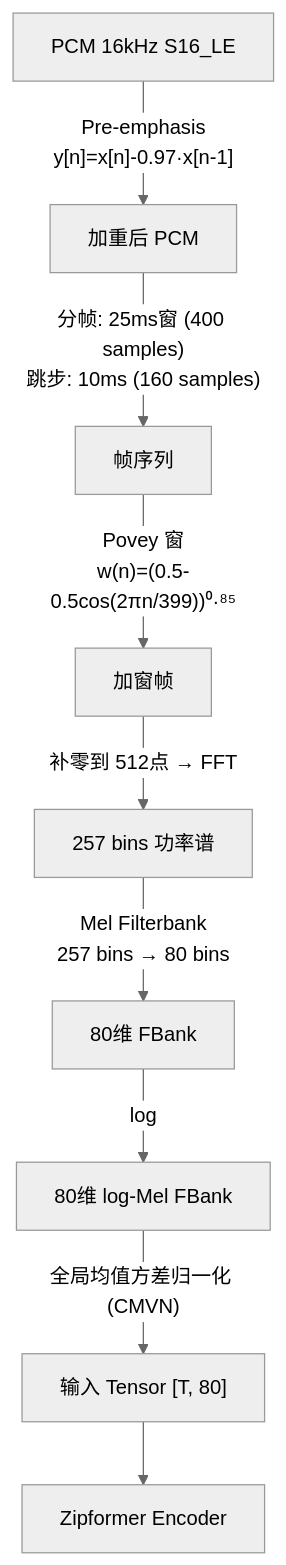
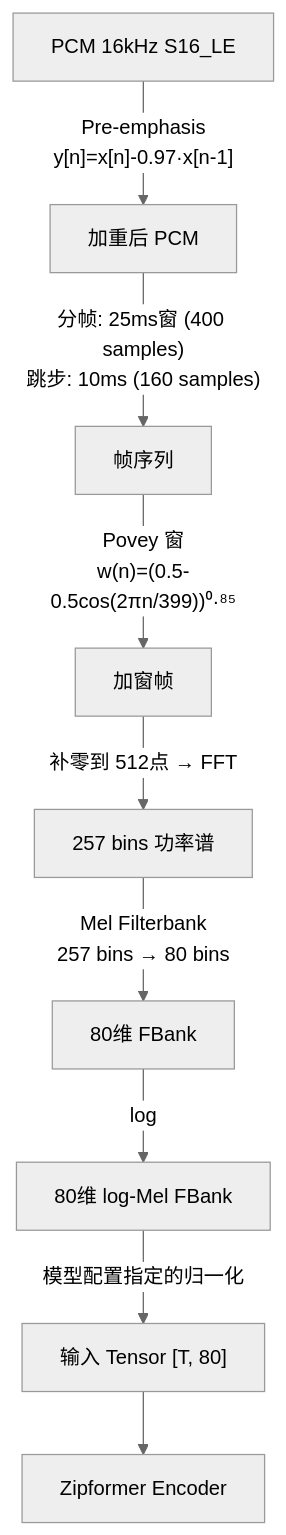
The fourth of 4 diagrams in docs/subpage/AI/subsubpage/智能语音/第_2_课：Mel域与声学特征提取.md (UrsoCN/Docs), drawn with Mermaid (neutral theme) before and after one commit. The commit also changed other lines of this file and 3 other files, not shown here.

````diff
--- a/docs/subpage/AI/subsubpage/智能语音/第_2_课：Mel域与声学特征提取.md
+++ b/docs/subpage/AI/subsubpage/智能语音/第_2_课：Mel域与声学特征提取.md
@@ -344,11 +344,11 @@
 ```mermaid
 graph TD
     A["PCM 16kHz S16_LE"] -->|"Pre-emphasis<br/>y[n]=x[n]-0.97·x[n-1]"| B["加重后 PCM"]
     B -->|"分帧: 25ms窗 (400 samples)<br/>跳步: 10ms (160 samples)"| C["帧序列"]
     C -->|"Povey 窗<br/>w(n)=(0.5-0.5cos(2πn/399))⁰·⁸⁵"| D["加窗帧"]
     D -->|"补零到 512点 → FFT"| E["257 bins 功率谱"]
     E -->|"Mel Filterbank<br/>257 bins → 80 bins"| F["80维 FBank"]
     F -->|"log"| G["80维 log-Mel FBank"]
-    G -->|"全局均值方差归一化 (CMVN)"| H["输入 Tensor [T, 80]"]
+    G -->|"模型配置指定的归一化"| H["输入 Tensor [T, 80]"]
     H --> I["Zipformer Encoder"]
 ```
````
